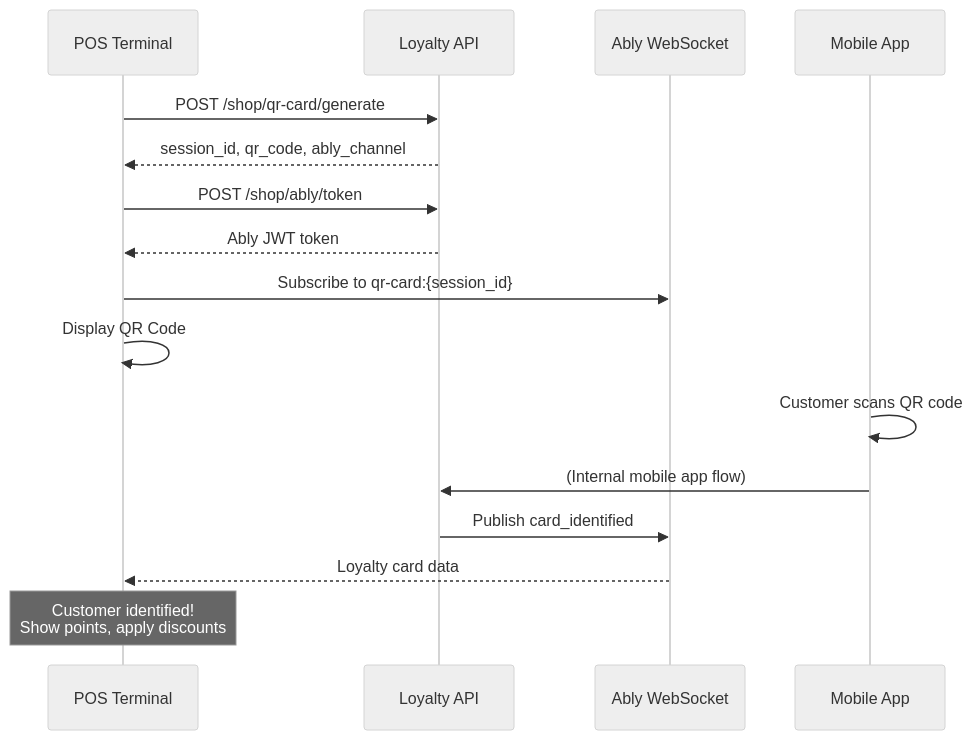
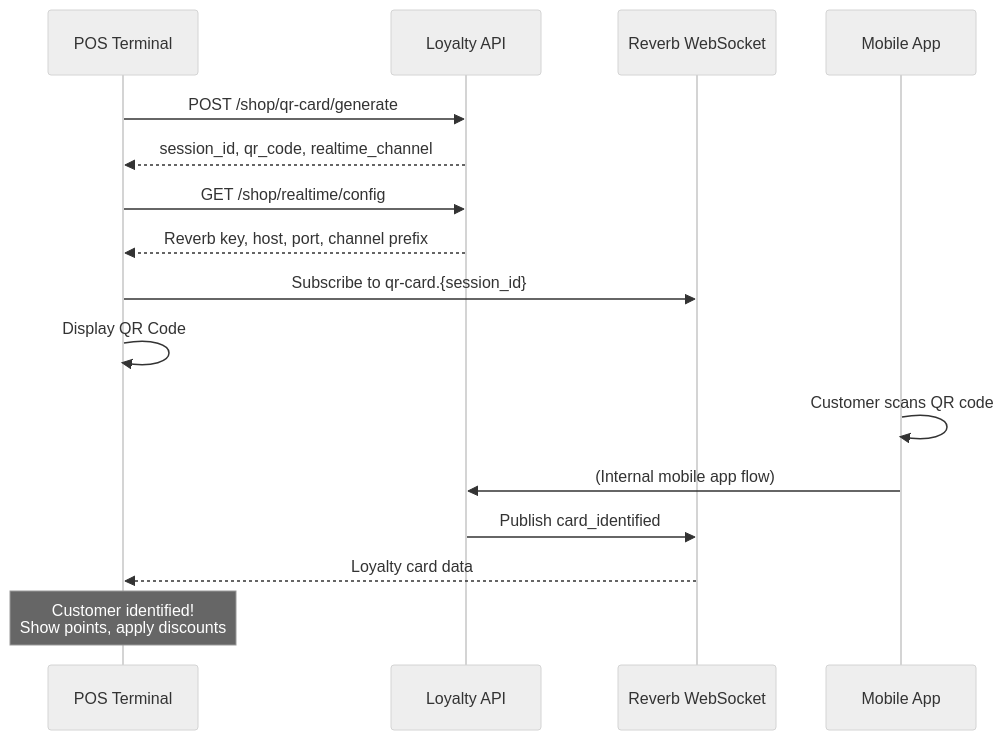
Before and after one commit to Loyalty-lt/docs: the diagram in api-reference/endpoints/shop/auth/qr-card-scan.mdx, drawn with Mermaid (neutral theme). The commit also changed other lines of this file and 16 other files, not shown here.

First line of the commit message:
docs: document Laravel Reverb realtime, drop Ably

````diff
--- a/api-reference/endpoints/shop/auth/qr-card-scan.mdx
+++ b/api-reference/endpoints/shop/auth/qr-card-scan.mdx
@@ -17,21 +17,21 @@
 ```mermaid
 sequenceDiagram
     participant POS as POS Terminal
     participant API as Loyalty API
-    participant Ably as Ably WebSocket
+    participant Reverb as Reverb WebSocket
     participant App as Mobile App
     
     POS->>API: POST /shop/qr-card/generate
-    API-->>POS: session_id, qr_code, ably_channel
-    POS->>API: POST /shop/ably/token
-    API-->>POS: Ably JWT token
-    POS->>Ably: Subscribe to qr-card:{session_id}
+    API-->>POS: session_id, qr_code, realtime_channel
+    POS->>API: GET /shop/realtime/config
+    API-->>POS: Reverb key, host, port, channel prefix
+    POS->>Reverb: Subscribe to qr-card.{session_id}
     POS->>POS: Display QR Code
     
     App->>App: Customer scans QR code
     App->>API: (Internal mobile app flow)
-    API->>Ably: Publish card_identified
-    Ably-->>POS: Loyalty card data
+    API->>Reverb: Publish card_identified
+    Reverb-->>POS: Loyalty card data
     
     Note over POS: Customer identified!<br/>Show points, apply discounts
 ```
````
